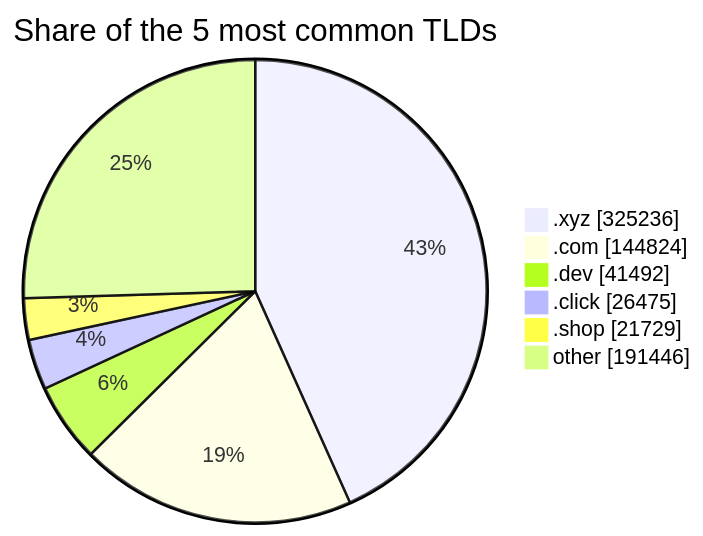
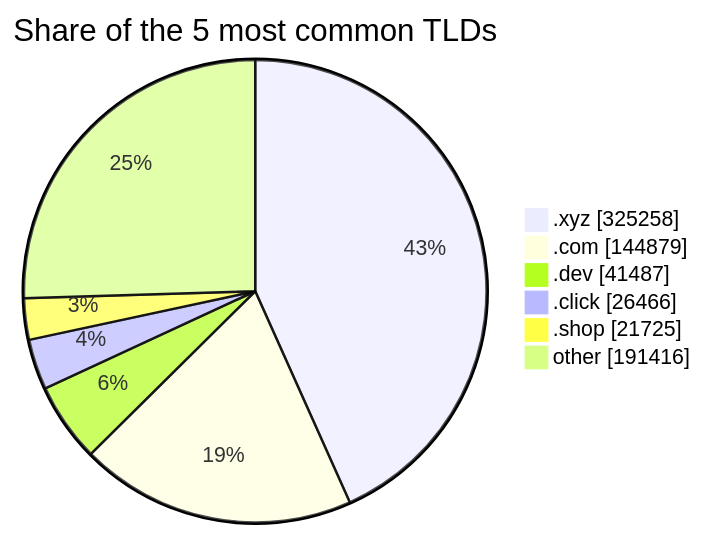
The third of 3 diagrams in README.md (DNSBunker/CTI), drawn with Mermaid before and after one commit. The commit also changed other lines of this file and 3 other files, not shown here.

````diff
--- a/README.md
+++ b/README.md
@@ -81,9 +81,9 @@
 ```mermaid
 pie showData title Share of the 5 most common TLDs
-    ".xyz" : 325236
-    ".com" : 144824
-    ".dev" : 41492
-    ".click" : 26475
-    ".shop" : 21729
-    "other" : 191446
+    ".xyz" : 325258
+    ".com" : 144879
+    ".dev" : 41487
+    ".click" : 26466
+    ".shop" : 21725
+    "other" : 191416
 ```
````
